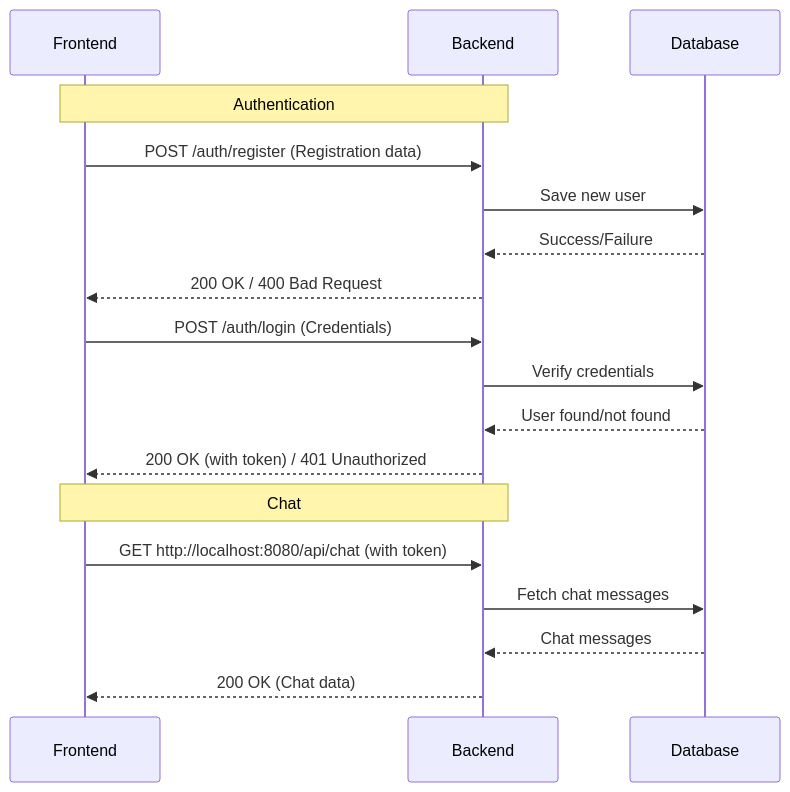
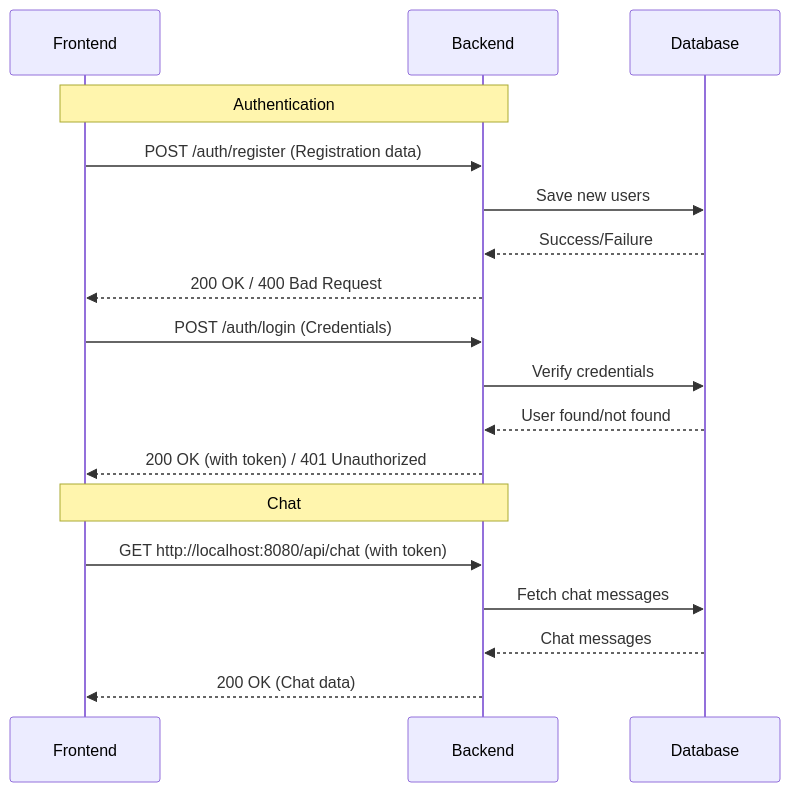
The third of 4 diagrams in README.md (Hyuse98/furia-chat-bot-backend), drawn with Mermaid before and after one commit. The commit also changed other lines of this file, not shown here.

````diff
--- a/README.md
+++ b/README.md
@@ -95,25 +153,25 @@
 ```mermaid
 sequenceDiagram
     participant Frontend
     participant Backend
     participant Database
 
     Note over Frontend,Backend: Authentication
 
     Frontend->>Backend: POST /auth/register (Registration data)
-    Backend->>Database: Save new user
+    Backend->>Database: Save new users
     Database-->>Backend: Success/Failure
     Backend-->>Frontend: 200 OK / 400 Bad Request
 
     Frontend->>Backend: POST /auth/login (Credentials)
     Backend->>Database: Verify credentials
     Database-->>Backend: User found/not found
     Backend-->>Frontend: 200 OK (with token) / 401 Unauthorized
 
     Note over Frontend,Backend: Chat
 
     Frontend->>Backend: GET http://localhost:8080/api/chat (with token)
     Backend->>Database: Fetch chat messages
     Database-->>Backend: Chat messages
     Backend-->>Frontend: 200 OK (Chat data)
 ```
````
